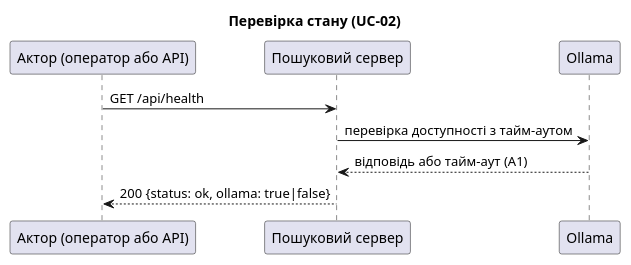
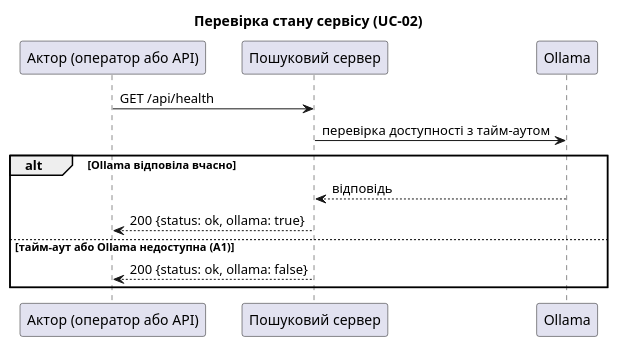
Before and after one commit to whatislavx/course_work_parallel_computing: the diagram in docs/architecture/uml/sequence-uc02.puml, drawn with PlantUML. The commit also changed 14 other files, not shown here.

First line of the commit message:
docs(architecture): fix sequence, class and use-case UML

```diff
--- a/docs/architecture/uml/sequence-uc02.puml
+++ b/docs/architecture/uml/sequence-uc02.puml
@@ -1,10 +1,14 @@
 @startuml sequence-uc02
-title Перевірка стану (UC-02)
+title Перевірка стану сервісу (UC-02)
 participant "Актор (оператор або API)" as ACT
 participant "Пошуковий сервер" as Srv
 participant "Ollama" as Ollama
 ACT -> Srv : GET /api/health
 Srv -> Ollama : перевірка доступності з тайм-аутом
-Ollama --> Srv : відповідь або тайм-аут (A1)
-Srv --> ACT : 200 {status: ok, ollama: true|false}
+alt Ollama відповіла вчасно
+  Ollama --> Srv : відповідь
+  Srv --> ACT : 200 {status: ok, ollama: true}
+else тайм-аут або Ollama недоступна (A1)
+  Srv --> ACT : 200 {status: ok, ollama: false}
+end
 @enduml
```
